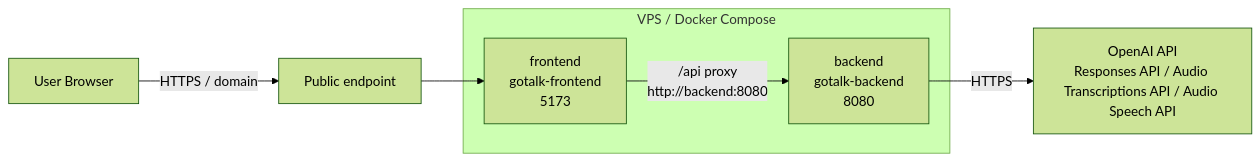
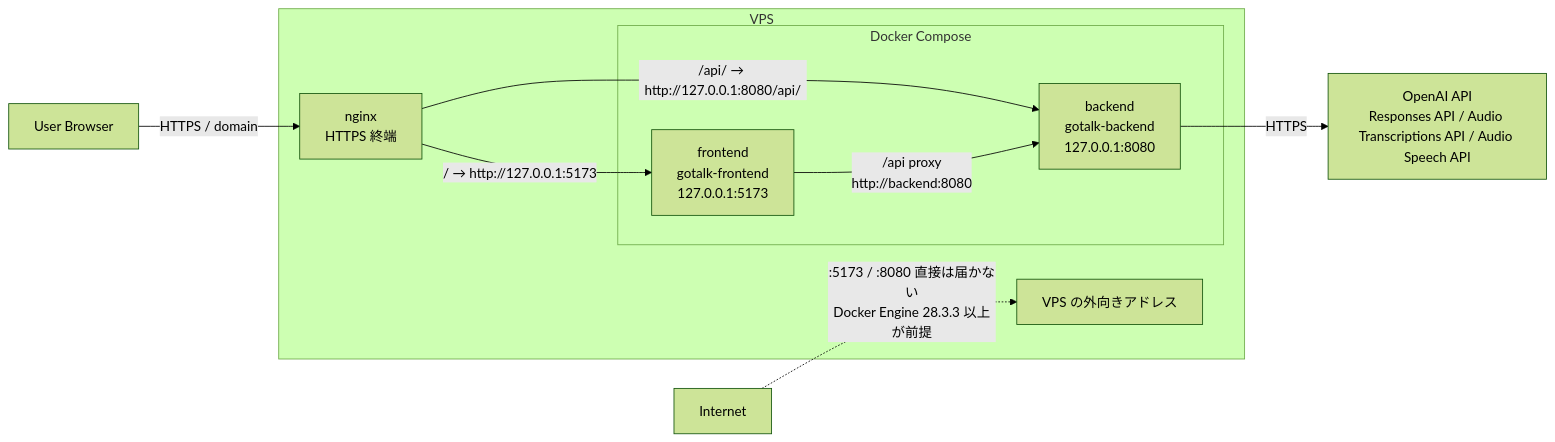
Before and after one commit to shin-arita/gotalk: the diagram in docs/infrastructure.md, drawn with Mermaid (forest theme). The commit also changed other lines of this file and 6 other files, not shown here.

First line of the commit message:
fix: backend と frontend のポートを 127.0.0.1 だけに公開する (#18)

````diff
--- a/docs/infrastructure.md
+++ b/docs/infrastructure.md
@@ -34,12 +45,18 @@
 ```mermaid
 flowchart LR
-  User[User Browser] -->|HTTPS / domain| Public[Public endpoint]
-  Public --> Frontend[frontend<br/>gotalk-frontend<br/>5173]
-  Frontend -->|/api proxy<br/>http://backend:8080| Backend[backend<br/>gotalk-backend<br/>8080]
+  User[User Browser] -->|HTTPS / domain| Nginx[nginx<br/>HTTPS 終端]
+  Internet[Internet] -.->|:5173 / :8080 直接は届かない<br/>Docker Engine 28.3.3 以上が前提| VPSHost[VPS の外向きアドレス]
+  Nginx -->|/ → http://127.0.0.1:5173| Frontend[frontend<br/>gotalk-frontend<br/>127.0.0.1:5173]
+  Nginx -->|/api/ → http://127.0.0.1:8080/api/| Backend[backend<br/>gotalk-backend<br/>127.0.0.1:8080]
+  Frontend -->|/api proxy<br/>http://backend:8080| Backend
   Backend -->|HTTPS| OpenAI[OpenAI API<br/>Responses API / Audio Transcriptions API / Audio Speech API]
 
-  subgraph VPS[VPS / Docker Compose]
-    Frontend
-    Backend
+  subgraph VPS[VPS]
+    Nginx
+    VPSHost
+    subgraph Compose[Docker Compose]
+      Frontend
+      Backend
+    end
   end
 ```
````
